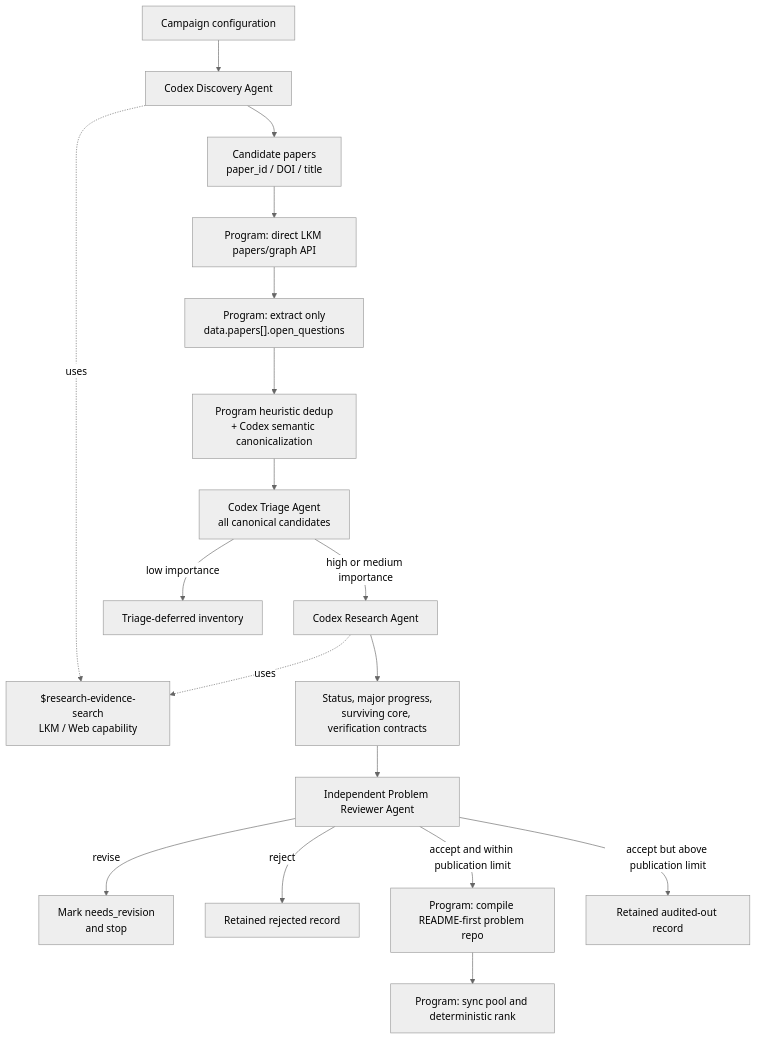
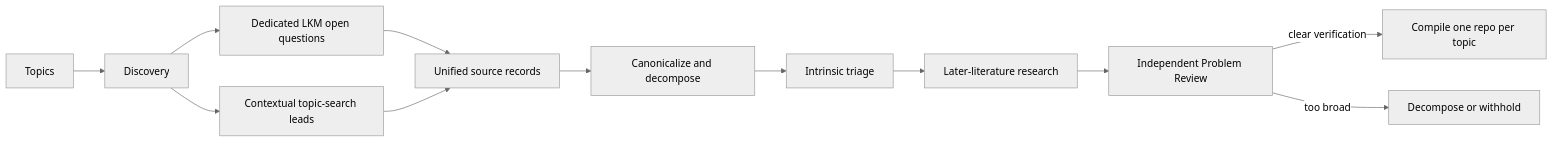
Before and after one commit to kunyuan/open-research-discovery: the diagram in docs/discovery-pipeline.md, drawn with Mermaid (neutral theme). The commit also changed other lines of this file and 25 other files, not shown here.

Commit message:
Refactor discovery for multi-source topic repositories

````diff
--- a/docs/discovery-pipeline.md
+++ b/docs/discovery-pipeline.md
@@ -8,20 +8,14 @@
 ```mermaid
-flowchart TD
-    C["Campaign configuration"] --> D["Codex Discovery Agent"]
-    D -. "uses" .-> S["$research-evidence-search<br/>LKM / Web capability"]
-    D --> P["Candidate papers<br/>paper_id / DOI / title"]
-    P --> A["Program: direct LKM papers/graph API"]
-    A --> O["Program: extract only<br/>data.papers[].open_questions"]
-    O --> H["Program heuristic dedup<br/>+ Codex semantic canonicalization"]
-    H --> T["Codex Triage Agent<br/>all canonical candidates"]
-    T -->|"low importance"| L2["Triage-deferred inventory"]
-    T -->|"high or medium importance"| R["Codex Research Agent"]
-    R -. "uses" .-> S
-    R --> E["Status, major progress,<br/>surviving core, verification contracts"]
-    E --> V["Independent Problem Reviewer Agent"]
-    V -->|"revise"| N["Mark needs_revision<br/>and stop"]
-    V -->|"reject"| X["Retained rejected record"]
-    V -->|"accept and within publication limit"| G["Program: compile README-first problem repo"]
-    V -->|"accept but above publication limit"| AO["Retained audited-out record"]
-    G --> Y["Program: sync pool and deterministic rank"]
+flowchart LR
+    T["Topics"] --> D["Discovery"]
+    D --> L["Dedicated LKM open questions"]
+    D --> Q["Contextual topic-search leads"]
+    L --> U["Unified source records"]
+    Q --> U
+    U --> C["Canonicalize and decompose"]
+    C --> I["Intrinsic triage"]
+    I --> R["Later-literature research"]
+    R --> V["Independent Problem Review"]
+    V -->|"clear verification"| G["Compile one repo per topic"]
+    V -->|"too broad"| X["Decompose or withhold"]
 ```
````
